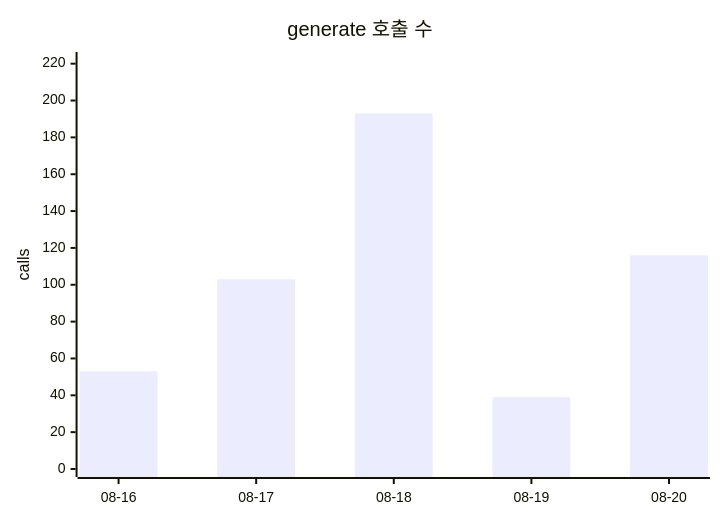
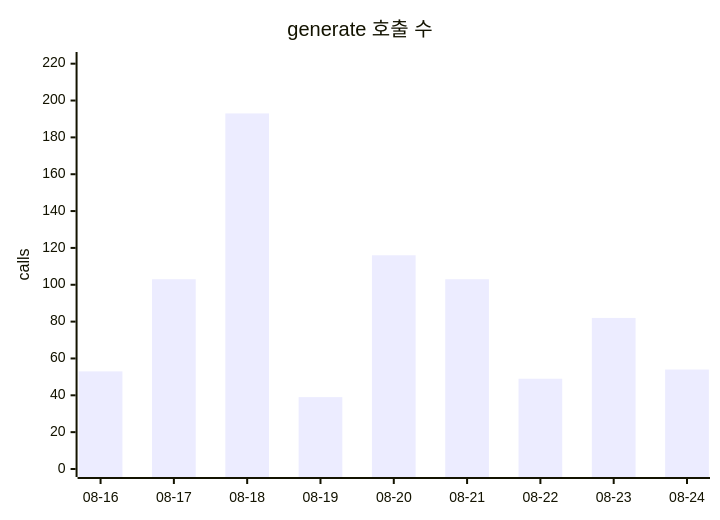
Before and after one commit to userri/PinQ-backend: the first of 2 diagrams in docs/data/token-usage.md, drawn with Mermaid. The commit also changed other lines of this file and 4 other files, not shown here.

````diff
--- a/docs/data/token-usage.md
+++ b/docs/data/token-usage.md
@@ -47,7 +59,7 @@
 ```mermaid
 xychart-beta
     title "generate 호출 수"
-    x-axis ["08-16", "08-17", "08-18", "08-19", "08-20"]
+    x-axis ["08-16", "08-17", "08-18", "08-19", "08-20", "08-21", "08-22", "08-23", "08-24"]
     y-axis "calls" 0 --> 222
-    bar [53, 103, 193, 39, 116]
+    bar [53, 103, 193, 39, 116, 103, 49, 82, 54]
 ```
````
